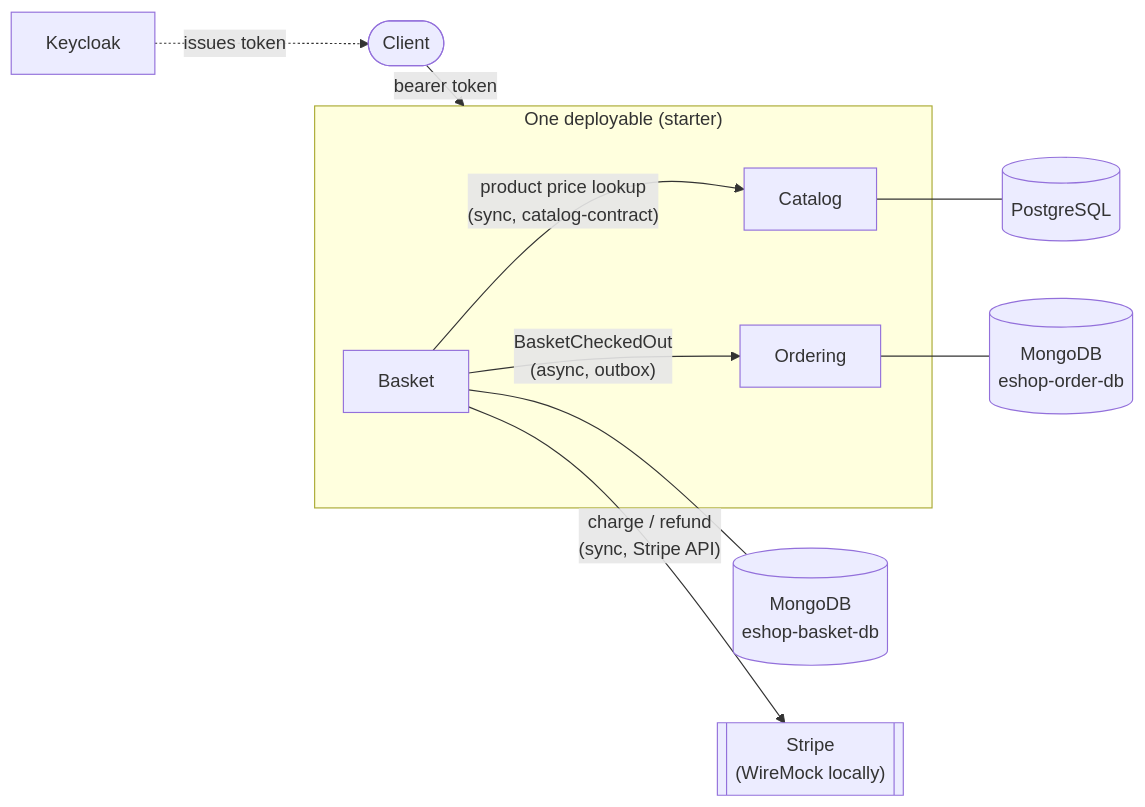
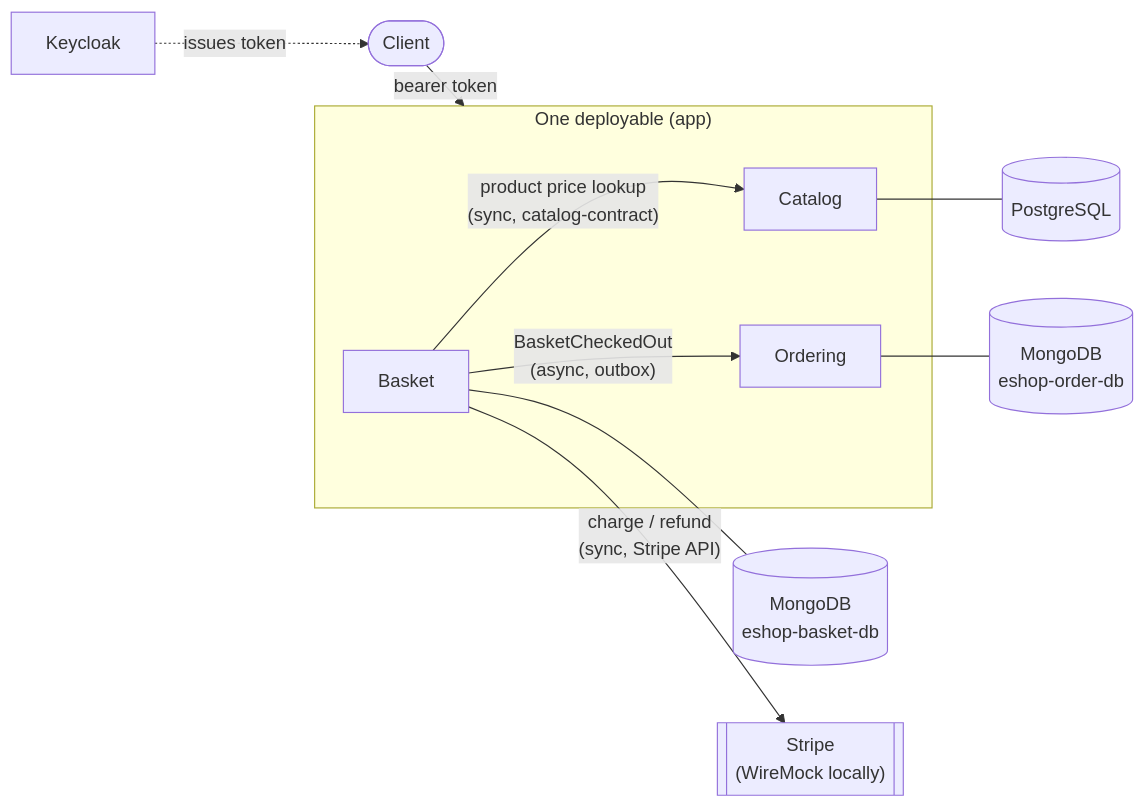
Before and after one commit to TomMante/spring-boot-eshop-modular-monolith: the diagram in README.md, drawn with Mermaid. The commit also changed other lines of this file and 418 other files, not shown here.

Commit message:
Rename the inner folder to backend and the starter module to app, move its configuration into a config package, put contract DTOs in a dto package beside integration events, and use the repository's new name in workflow, Maven and SonarCloud names

````diff
--- a/README.md
+++ b/README.md
@@ -30,19 +30,19 @@
 ```mermaid
 flowchart LR
     client([Client]) -- "bearer token" --> api
     keycloak[Keycloak] -. "issues token" .-> client
 
-    subgraph api["One deployable (starter)"]
+    subgraph api["One deployable (app)"]
         catalog[Catalog]
         basket[Basket]
         ordering[Ordering]
     end
 
     catalog --- catalogDb[("PostgreSQL")]
     basket --- basketDb[("MongoDB<br/>eshop-basket-db")]
     ordering --- orderDb[("MongoDB<br/>eshop-order-db")]
 
     basket -- "product price lookup<br/>(sync, catalog-contract)" --> catalog
     basket -- "BasketCheckedOut<br/>(async, outbox)" --> ordering
     basket -- "charge / refund<br/>(sync, Stripe API)" --> stripe[["Stripe<br/>(WireMock locally)"]]
 ```
````
